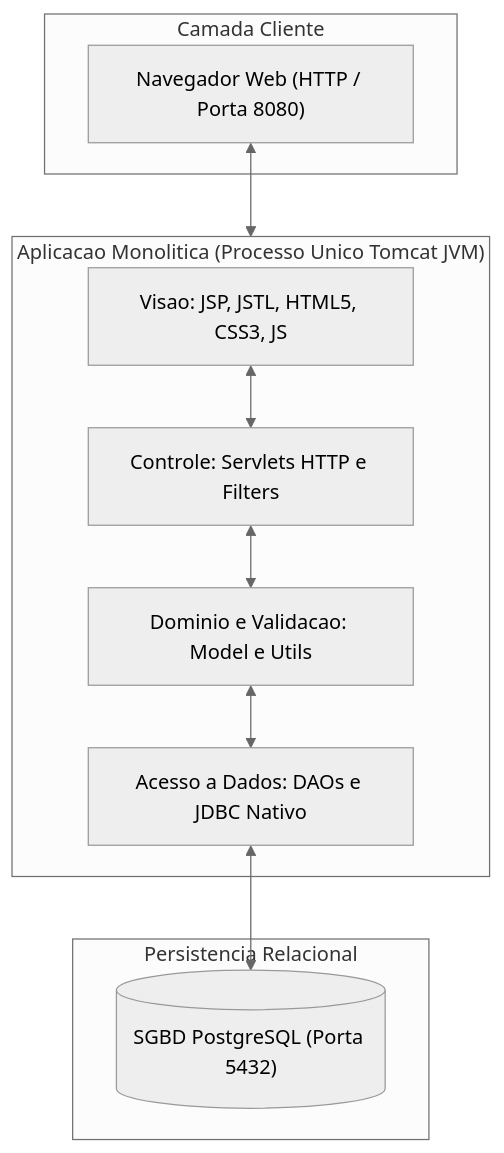
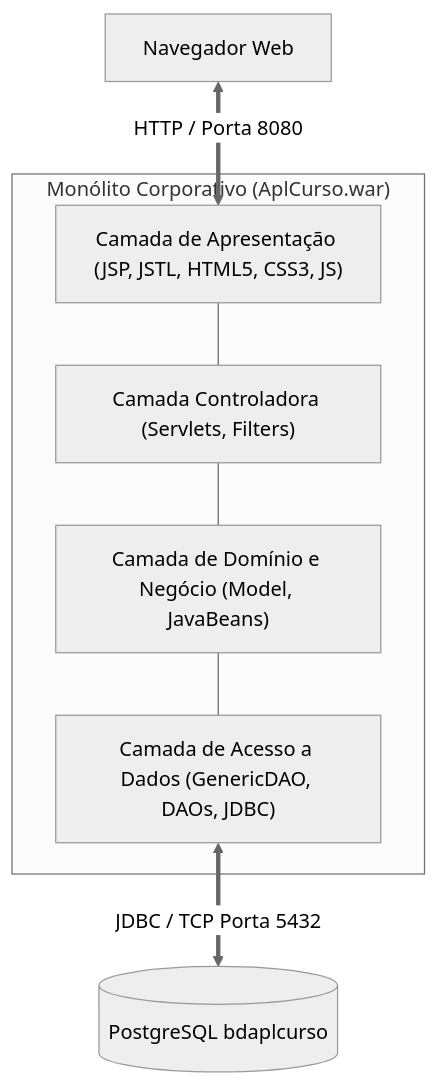
One commit to murilolol/unifef changed the tenth of 26 diagrams in 3º Semestre/[Prof. Jefferson Passerini] Laboratório de Programação III/Resumos-IA/Simulados-Comentados.md. Above: the diagram before and after it, drawn with Mermaid (neutral theme). The commit also changed other lines of this file and 10 other files, not shown here.

````diff
--- a/3º Semestre/[Prof. Jefferson Passerini] Laboratório de Programação III/Resumos-IA/Simulados-Comentados.md
+++ b/3º Semestre/[Prof. Jefferson Passerini] Laboratório de Programação III/Resumos-IA/Simulados-Comentados.md
@@ -159,23 +526,14 @@
 ```mermaid
 flowchart TD
-    subgraph Cliente["Camada Cliente"]
-        Navegador["Navegador Web (HTTP / Porta 8080)"]
-    end
-
-    subgraph Monolito["Aplicacao Monolitica (Processo Unico Tomcat JVM)"]
-        Apresentacao["Visao: JSP, JSTL, HTML5, CSS3, JS"]
-        Controle["Controle: Servlets HTTP e Filters"]
-        Negocio["Dominio e Validacao: Model e Utils"]
-        Persistencia["Acesso a Dados: DAOs e JDBC Nativo"]
-        Apresentacao <--> Controle
-        Controle <--> Negocio
-        Negocio <--> Persistencia
-    end
-
-    subgraph Armazenamento["Persistencia Relacional"]
-        PostgreSQL[("SGBD PostgreSQL (Porta 5432)")]
-    end
-
-    Navegador <--> Monolito
-    Persistencia <--> PostgreSQL
+  subgraph Monolito["Monólito Corporativo (AplCurso.war)"]
+    Visao["Camada de Apresentação (JSP, JSTL, HTML5, CSS3, JS)"]
+    Controle["Camada Controladora (Servlets, Filters)"]
+    Dominio["Camada de Domínio e Negócio (Model, JavaBeans)"]
+    Persistencia["Camada de Acesso a Dados (GenericDAO, DAOs, JDBC)"]
+    Visao --- Controle
+    Controle --- Dominio
+    Dominio --- Persistencia
+  end
+  Cliente["Navegador Web"] <==>|"HTTP / Porta 8080"| Visao
+  Persistencia <==>|"JDBC / TCP Porta 5432"| SGBD[("PostgreSQL bdaplcurso")]
 ```
````
